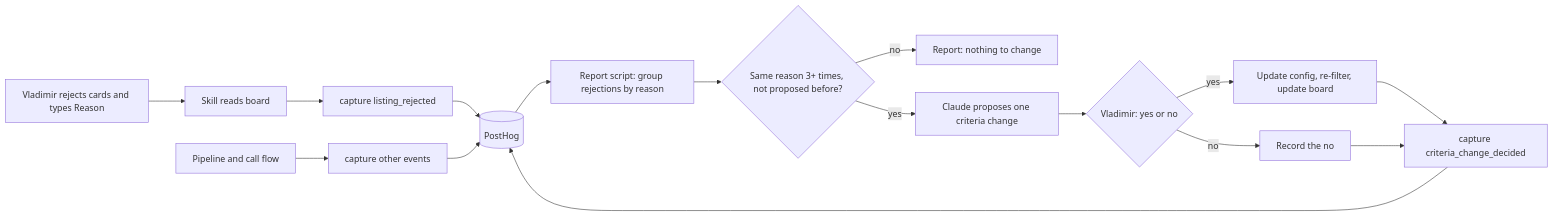
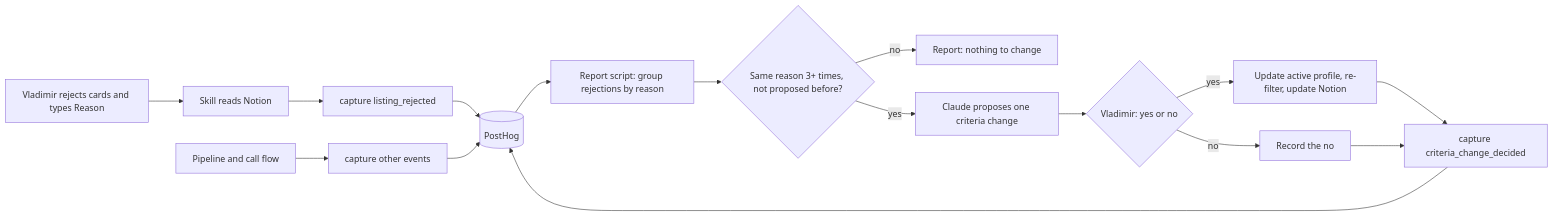
Before and after one commit to Skilux/domovoy: the diagram in docs/prd/posthog.md, drawn with Mermaid. The commit also changed other lines of this file and 10 other files, not shown here.

First line of the commit message:
docs: actor PRD and switch shortlist from GitHub board to Notion

````diff
--- a/docs/prd/posthog.md
+++ b/docs/prd/posthog.md
@@ -18,18 +18,18 @@
 ```mermaid
 flowchart LR
-  A[Vladimir rejects cards and types Reason] --> B[Skill reads board]
+  A[Vladimir rejects cards and types Reason] --> B[Skill reads Notion]
   B --> C[capture listing_rejected]
   P[Pipeline and call flow] --> C2[capture other events]
   C --> PH[(PostHog)]
   C2 --> PH
   PH --> R[Report script: group rejections by reason]
   R --> Q{Same reason 3+ times, not proposed before?}
   Q -- no --> Z[Report: nothing to change]
   Q -- yes --> S[Claude proposes one criteria change]
   S --> V{Vladimir: yes or no}
-  V -- yes --> T[Update config, re-filter, update board]
+  V -- yes --> T[Update active profile, re-filter, update Notion]
   V -- no --> W[Record the no]
   T --> M[capture criteria_change_decided]
   W --> M
   M --> PH
 ```
````
